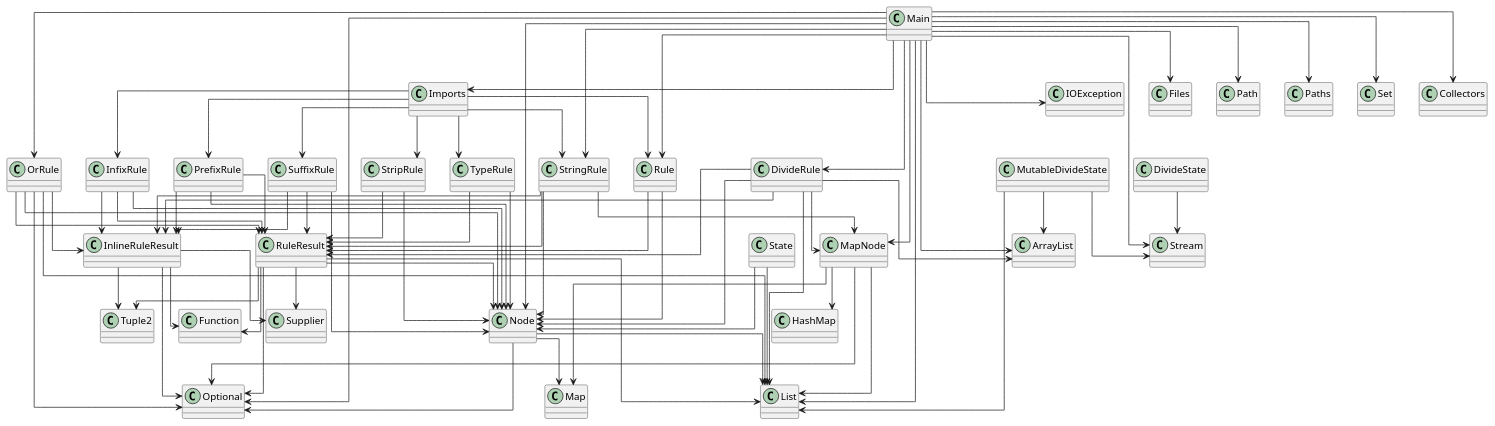
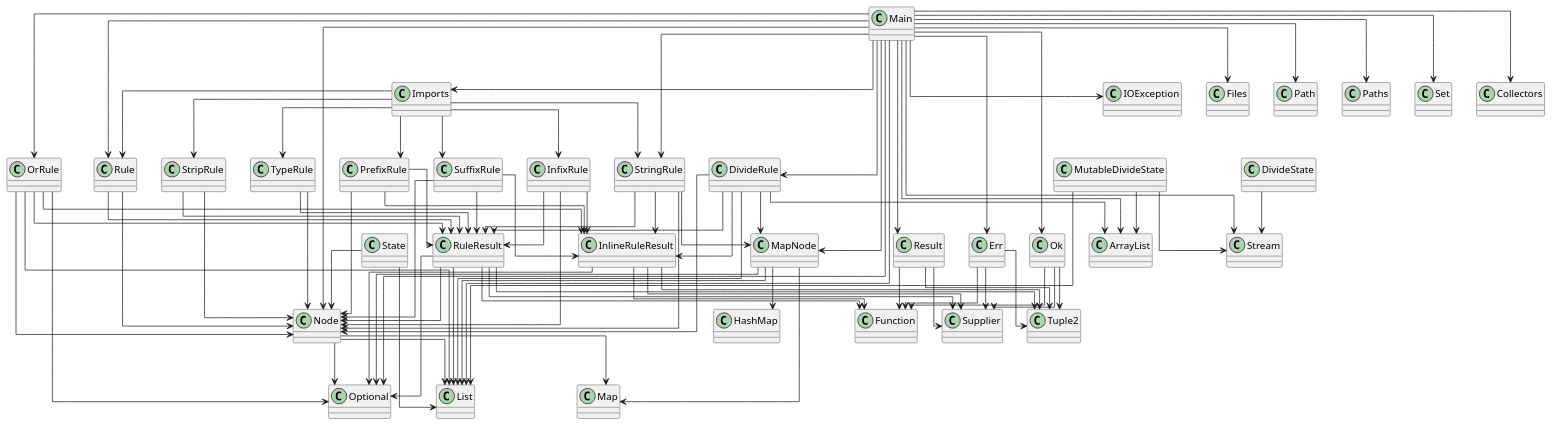
The diagram in diagram.puml (Magma-Foundation/Magma), drawn with PlantUML before and after one commit. The commit also changed 4 other files, not shown here.

```diff
--- a/diagram.puml
+++ b/diagram.puml
@@ -1,99 +1,114 @@
 @startuml
 skinparam linetype ortho
 class SuffixRule
 SuffixRule --> Node
 SuffixRule --> InlineRuleResult
 SuffixRule --> RuleResult
 class InfixRule
 InfixRule --> Node
 InfixRule --> InlineRuleResult
 InfixRule --> RuleResult
 class OrRule
 OrRule --> Node
 OrRule --> InlineRuleResult
 OrRule --> RuleResult
 OrRule --> List
 OrRule --> Optional
 class DivideRule
 DivideRule --> MapNode
 DivideRule --> Node
 DivideRule --> InlineRuleResult
 DivideRule --> RuleResult
 DivideRule --> ArrayList
 DivideRule --> List
 class Rule
 Rule --> Node
 Rule --> RuleResult
 class RuleResult
 RuleResult --> Tuple2
 RuleResult --> Node
 RuleResult --> List
 RuleResult --> Optional
 RuleResult --> Function
 RuleResult --> Supplier
+class Result
+Result --> Tuple2
+Result --> Function
+Result --> Supplier
+class Err
+Err --> Tuple2
+Err --> Function
+Err --> Supplier
 class PrefixRule
 PrefixRule --> Node
 PrefixRule --> InlineRuleResult
 PrefixRule --> RuleResult
 class StringRule
 StringRule --> MapNode
 StringRule --> Node
 StringRule --> InlineRuleResult
 StringRule --> RuleResult
 class StripRule
 StripRule --> Node
 StripRule --> RuleResult
+class Ok
+Ok --> Tuple2
+Ok --> Function
+Ok --> Supplier
 class Tuple2
 class MapNode
 MapNode --> HashMap
 MapNode --> List
 MapNode --> Map
 MapNode --> Optional
 class Imports
 Imports --> InfixRule
 Imports --> PrefixRule
 Imports --> Rule
 Imports --> StringRule
 Imports --> StripRule
 Imports --> SuffixRule
 Imports --> TypeRule
 class State
 State --> Node
 State --> List
 class Node
 Node --> List
 Node --> Map
 Node --> Optional
 class Main
+Main --> Err
+Main --> Ok
+Main --> Result
 Main --> Imports
 Main --> MapNode
 Main --> Node
 Main --> DivideRule
 Main --> OrRule
 Main --> Rule
 Main --> StringRule
 Main --> IOException
 Main --> Files
 Main --> Path
 Main --> Paths
 Main --> ArrayList
 Main --> List
 Main --> Optional
 Main --> Set
 Main --> Collectors
 Main --> Stream
 class MutableDivideState
 MutableDivideState --> ArrayList
 MutableDivideState --> List
 MutableDivideState --> Stream
 class TypeRule
 TypeRule --> Node
 TypeRule --> RuleResult
 class DivideState
 DivideState --> Stream
 class InlineRuleResult
 InlineRuleResult --> Tuple2
 InlineRuleResult --> Optional
 InlineRuleResult --> Function
 InlineRuleResult --> Supplier
 @enduml
```
